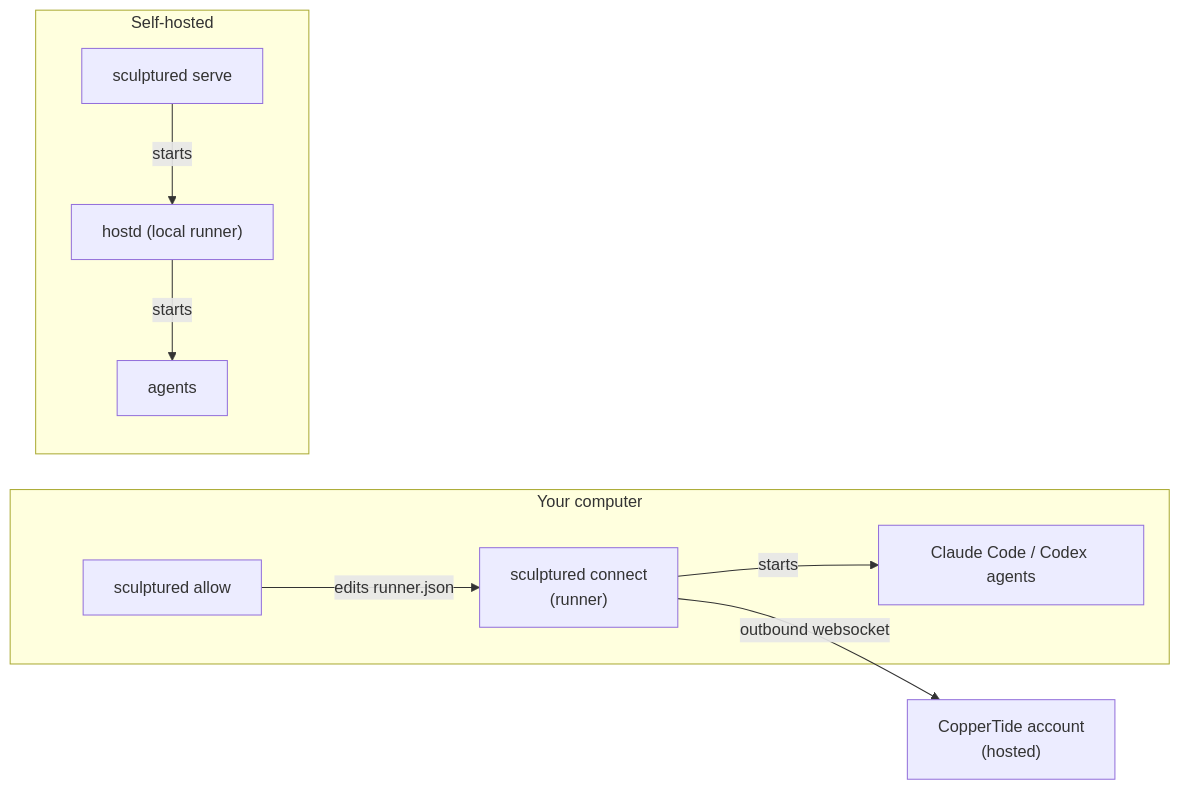
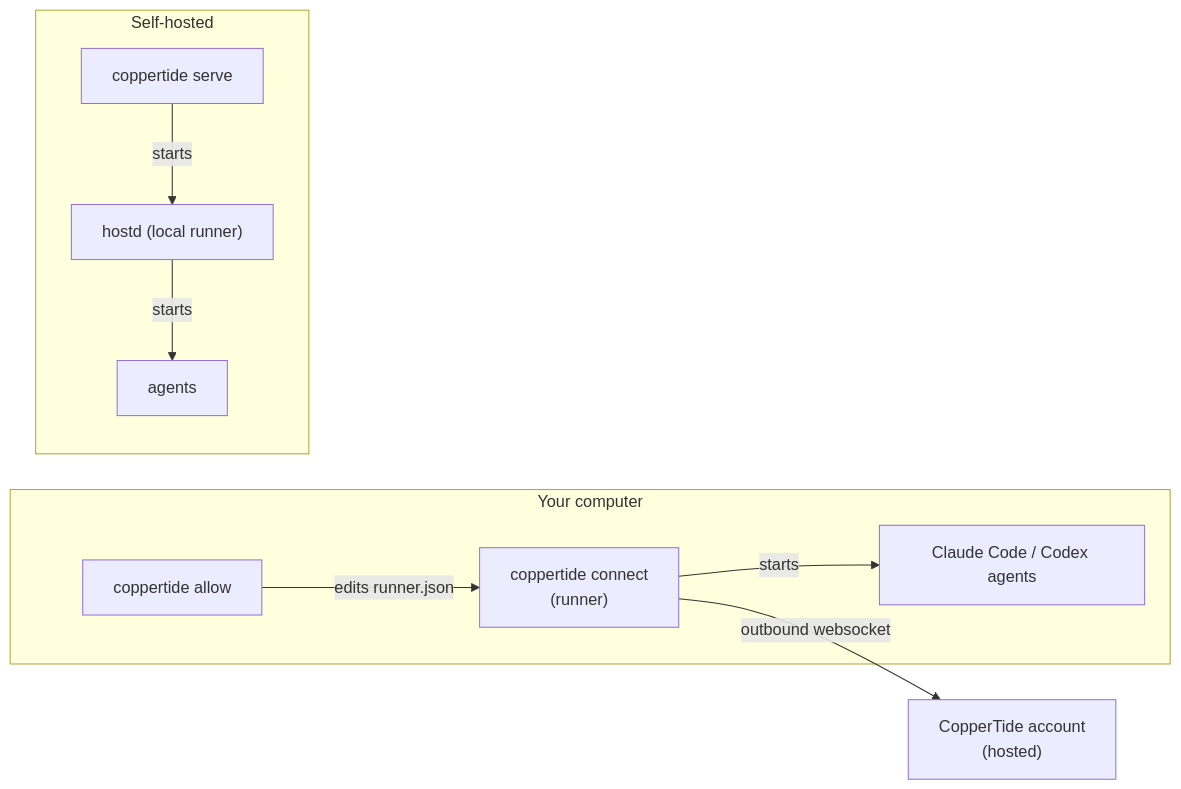
The diagram in docs-site/reference/cli.mdx (CopperTide/CopperTide), drawn with Mermaid before and after one commit. The commit also changed other lines of this file and 62 other files, not shown here.

````diff
--- a/docs-site/reference/cli.mdx
+++ b/docs-site/reference/cli.mdx
@@ -21,12 +21,12 @@
 ```mermaid
 flowchart LR
   subgraph you["Your computer"]
-    C["sculptured connect<br/>(runner)"] -- "starts" --> A["Claude Code / Codex agents"]
-    AL["sculptured allow"] -- "edits runner.json" --> C
+    C["coppertide connect<br/>(runner)"] -- "starts" --> A["Claude Code / Codex agents"]
+    AL["coppertide allow"] -- "edits runner.json" --> C
   end
   C -- "outbound websocket" --> H["CopperTide account<br/>(hosted)"]
   subgraph self["Self-hosted"]
-    S["sculptured serve"] -- "starts" --> HD["hostd (local runner)"]
+    S["coppertide serve"] -- "starts" --> HD["hostd (local runner)"]
     HD -- "starts" --> A2["agents"]
   end
 ```
````
